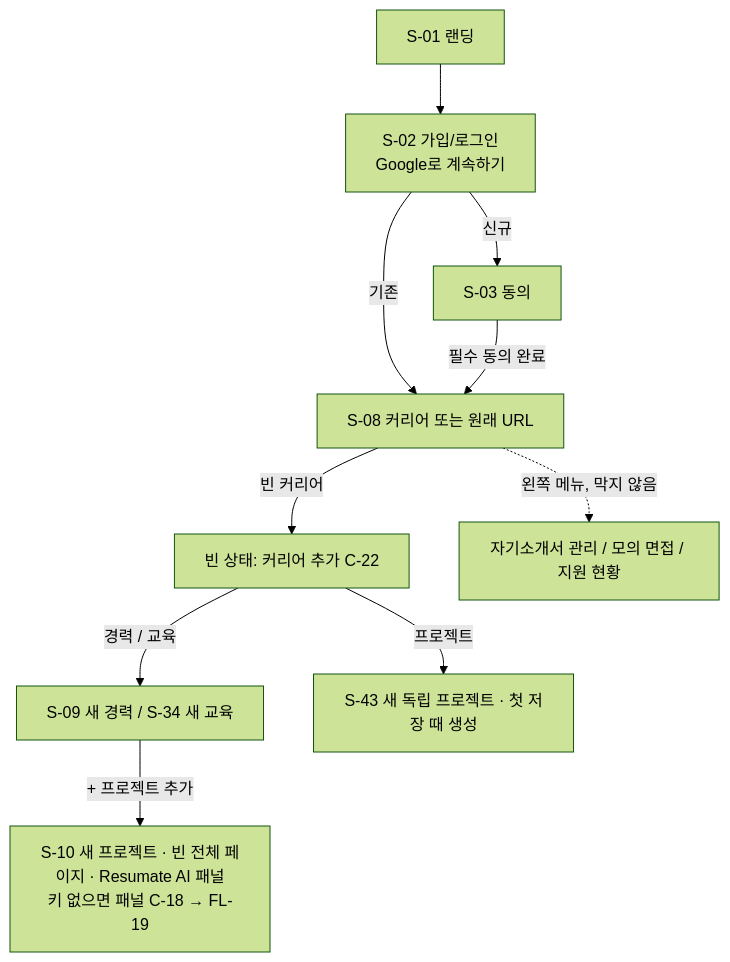
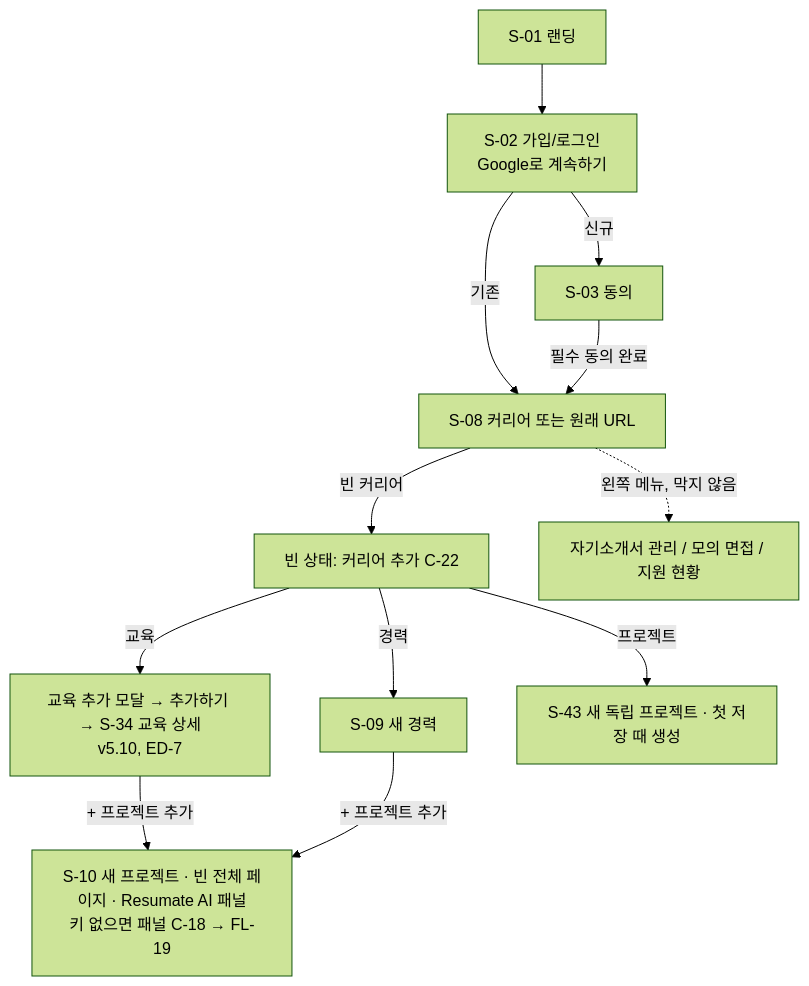
One commit to j-hyunn/resumate changed the second of 21 diagrams in docs/planning/02-user-flows.md. Above: the diagram before and after it, drawn with Mermaid (forest theme). The commit also changed other lines of this file and 11 other files, not shown here.

````diff
--- a/docs/planning/02-user-flows.md
+++ b/docs/planning/02-user-flows.md
@@ -270,12 +271,14 @@
 ```mermaid
 flowchart TD
   A[S-01 랜딩] --> B[S-02 가입/로그인<br/>Google로 계속하기]
   B -->|신규| C[S-03 동의]
   B -->|기존| D[S-08 커리어 또는 원래 URL]
   C -->|필수 동의 완료| D
   D -->|빈 커리어| E[빈 상태: 커리어 추가 C-22]
-  E -->|경력 / 교육| G[S-09 새 경력 / S-34 새 교육]
+  E -->|경력| G[S-09 새 경력]
+  E -->|교육| GE[교육 추가 모달 → 추가하기 → S-34 교육 상세<br/>v5.10, ED-7]
+  GE -->|+ 프로젝트 추가| P
   E -->|프로젝트| G2[S-43 새 독립 프로젝트 · 첫 저장 때 생성]
   G -->|+ 프로젝트 추가| P[S-10 새 프로젝트 · 빈 전체 페이지 · Resumate AI 패널<br/>키 없으면 패널 C-18 → FL-19]
   D -.왼쪽 메뉴, 막지 않음.-> H[자기소개서 관리 / 모의 면접 / 지원 현황]
 ```
````
